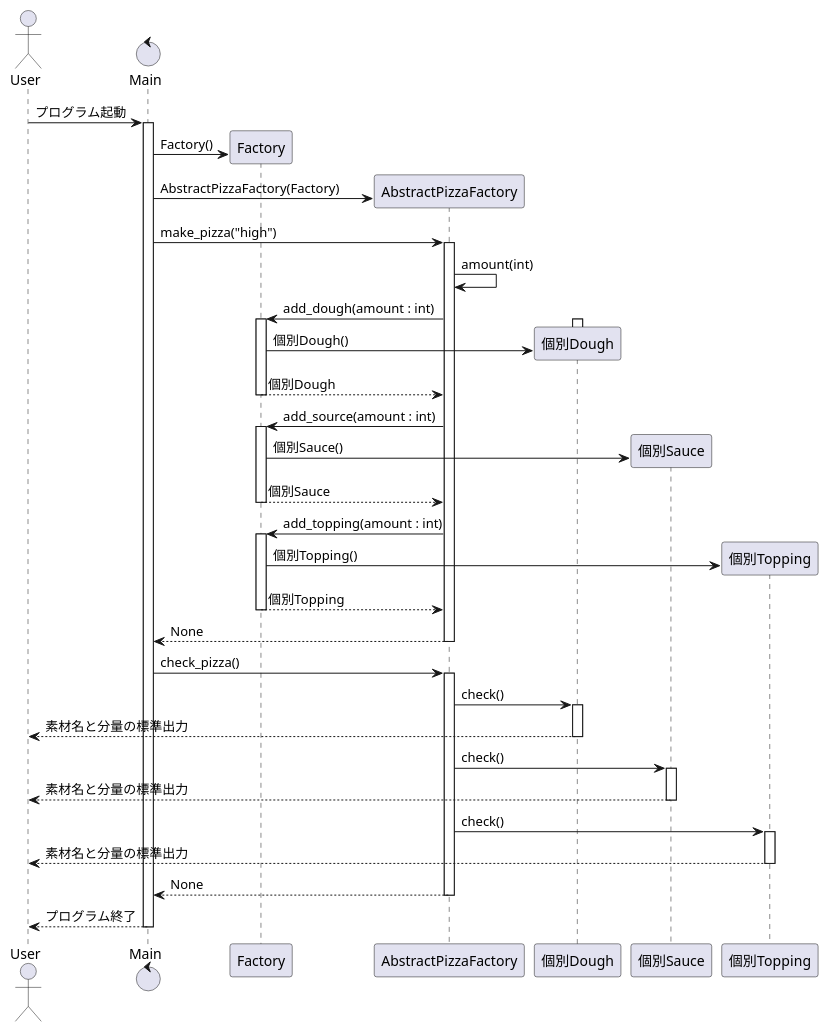
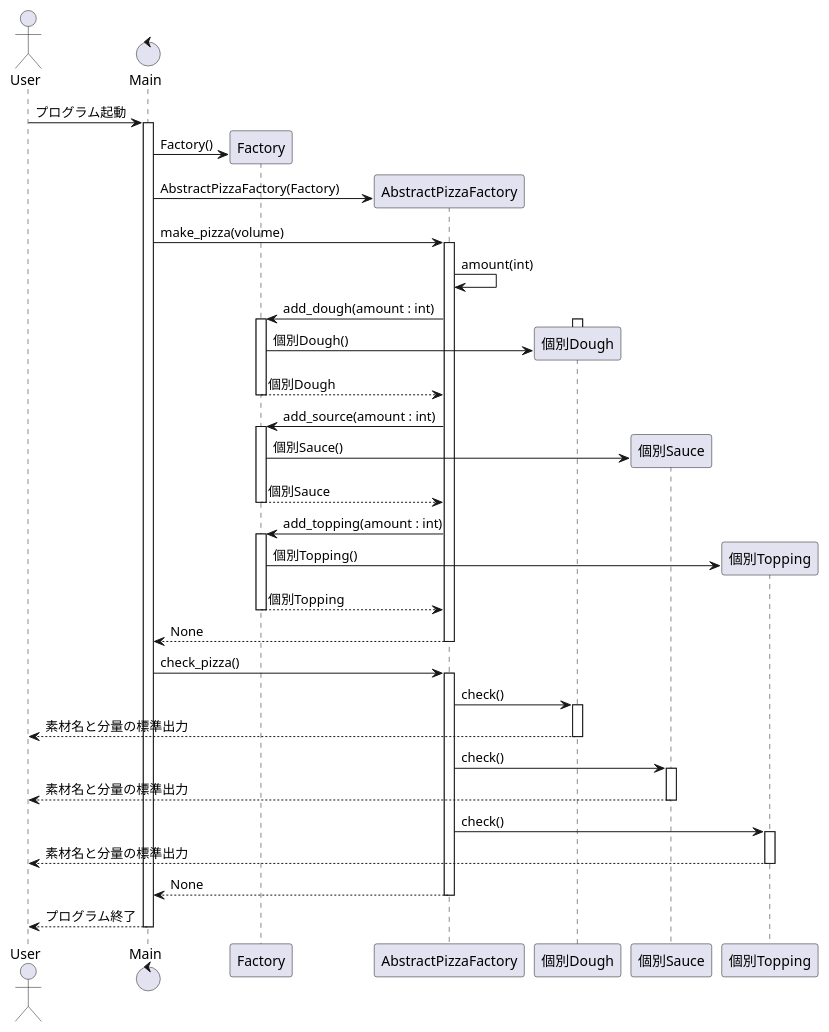
One commit to Design-Practice-Team/design changed the second of 2 diagrams in planning/Abstract_Factory/pizza_factory/suzuki/design.md. Above: the diagram before and after it, drawn with PlantUML. The commit also changed other lines of this file and 2 other files, not shown here.

````diff
--- a/planning/Abstract_Factory/pizza_factory/suzuki/design.md
+++ b/planning/Abstract_Factory/pizza_factory/suzuki/design.md
@@ -103,70 +103,70 @@
 ```plantuml
 @startuml
 actor User
 control Main
 
 User -> Main : プログラム起動
 activate Main
 
     create Factory
     Main -> Factory : Factory()
 
     create AbstractPizzaFactory
     Main -> AbstractPizzaFactory : AbstractPizzaFactory(Factory)
 
-    Main -> AbstractPizzaFactory : make_pizza("high")
+    Main -> AbstractPizzaFactory : make_pizza(volume)
     activate AbstractPizzaFactory
         AbstractPizzaFactory -> AbstractPizzaFactory : amount(int)
 
         AbstractPizzaFactory -> Factory : add_dough(amount : int)
         activate Factory
         create 個別Dough
         activate 個別Dough
         Factory -> 個別Dough : 個別Dough()
         deactivate 個別Dough
         Factory --> AbstractPizzaFactory : 個別Dough
         deactivate Factory
 
         AbstractPizzaFactory -> Factory : add_source(amount : int)
         activate Factory
         create 個別Sauce
         Factory -> 個別Sauce : 個別Sauce()
         Factory --> AbstractPizzaFactory : 個別Sauce
         deactivate Factory
 
         AbstractPizzaFactory -> Factory : add_topping(amount : int)
         activate Factory
         create 個別Topping
         Factory -> 個別Topping : 個別Topping()
         Factory --> AbstractPizzaFactory : 個別Topping
         deactivate Factory
 
     AbstractPizzaFactory --> Main : None
     deactivate AbstractPizzaFactory
 
     Main -> AbstractPizzaFactory : check_pizza()
     activate AbstractPizzaFactory
         AbstractPizzaFactory -> 個別Dough  : check()
         activate 個別Dough
         個別Dough --> User : 素材名と分量の標準出力
         deactivate 個別Dough
 
         AbstractPizzaFactory -> 個別Sauce  : check()
         activate 個別Sauce
         個別Sauce --> User : 素材名と分量の標準出力
         deactivate 個別Sauce
 
         AbstractPizzaFactory -> 個別Topping  : check()
         activate 個別Topping
         個別Topping --> User : 素材名と分量の標準出力
         deactivate 個別Topping
 
     AbstractPizzaFactory --> Main : None
     deactivate AbstractPizzaFactory
 
 Main --> User : プログラム終了
 deactivate Main
 
 
 @enduml
 ```
````
